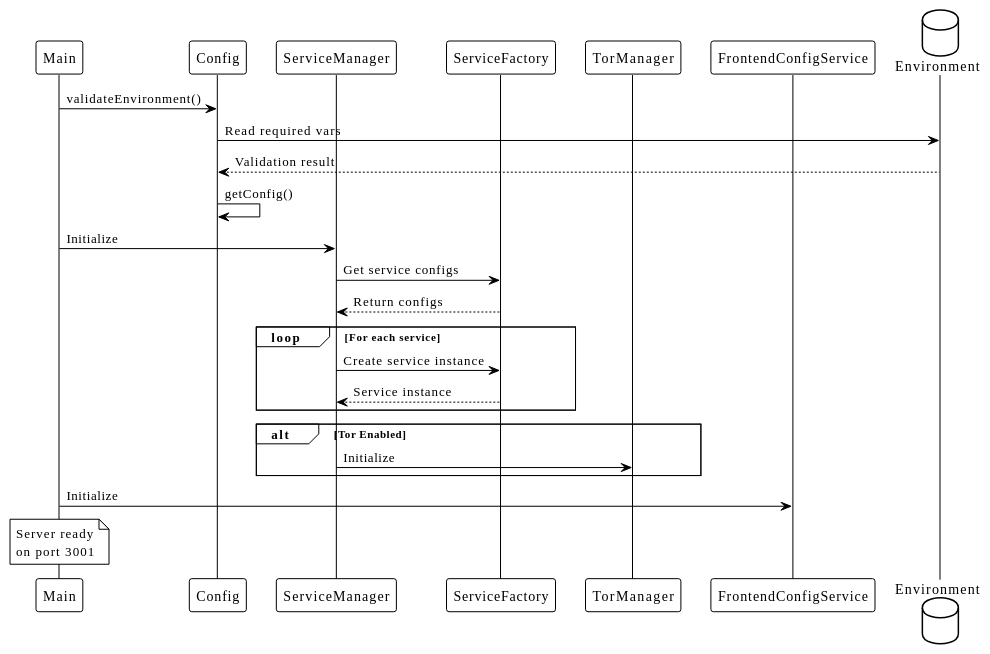
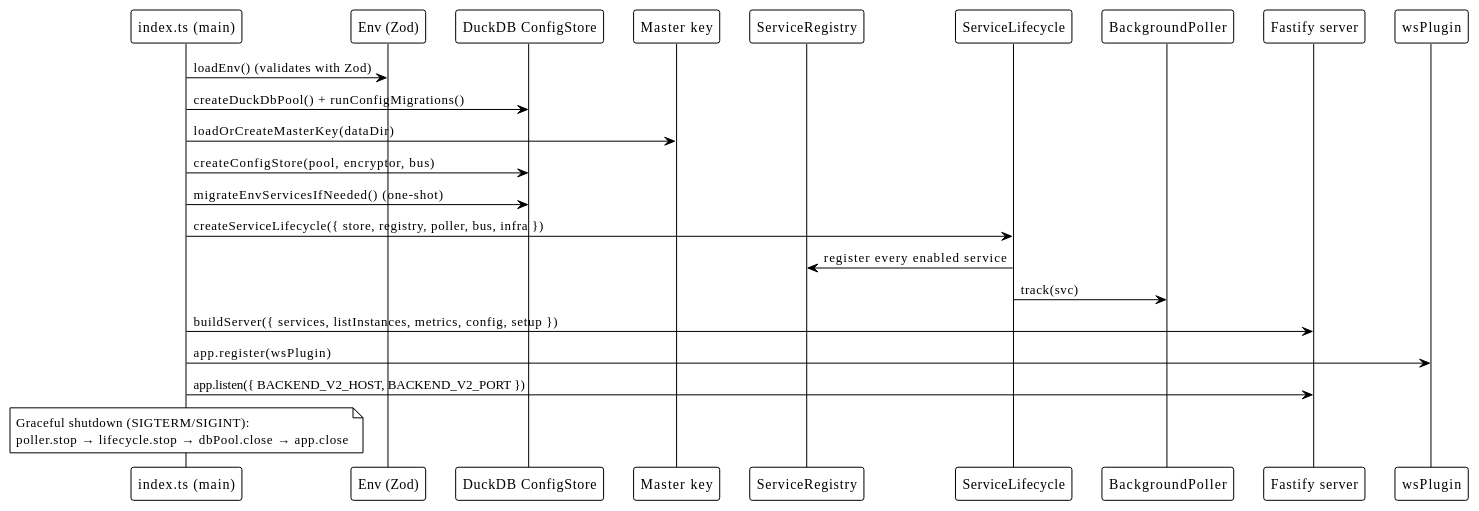
The fourth of 4 diagrams in docs/architecture/data-flow.md (EraPartner/Watchman), drawn with PlantUML before and after one commit. The commit also changed other lines of this file and 9 other files, not shown here.

First line of the commit message:
docs: align KB with ADR-017 (no auth) and add interactive flow visualizer

````diff
--- a/docs/architecture/data-flow.md
+++ b/docs/architecture/data-flow.md
@@ -254,35 +253,32 @@
 ```plantuml
 @startuml
 !theme plain
 
-participant "Main" as Main
-participant "Config" as Config
-participant "ServiceManager" as SvcMgr
-participant "ServiceFactory" as SvcFactory
-participant "TorManager" as TorMgr
-participant "FrontendConfigService" as FrontendCfg
-database "Environment" as Env
+participant "index.ts (main)" as Main
+participant "Env (Zod)" as Env
+participant "DuckDB ConfigStore" as Store
+participant "Master key" as Key
+participant "ServiceRegistry" as Reg
+participant "ServiceLifecycle" as Life
+participant "BackgroundPoller" as Poll
+participant "Fastify server" as API
+participant "wsPlugin" as WS
 
-Main -> Config : validateEnvironment()
-Config -> Env : Read required vars
-Env --> Config : Validation result
-Config -> Config : getConfig()
+Main -> Env : loadEnv() (validates with Zod)
+Main -> Store : createDuckDbPool() + runConfigMigrations()
+Main -> Key : loadOrCreateMasterKey(dataDir)
+Main -> Store : createConfigStore(pool, encryptor, bus)
+Main -> Store : migrateEnvServicesIfNeeded() (one-shot)
+Main -> Life : createServiceLifecycle({ store, registry, poller, bus, infra })
+Life -> Reg : register every enabled service
+Life -> Poll : track(svc)
+Main -> API : buildServer({ services, listInstances, metrics, config, setup })
+Main -> WS : app.register(wsPlugin)
+Main -> API : app.listen({ BACKEND_V2_HOST, BACKEND_V2_PORT })
 
-Main -> SvcMgr : Initialize
-SvcMgr -> SvcFactory : Get service configs
-SvcFactory --> SvcMgr : Return configs
-
-loop For each service
-    SvcMgr -> SvcFactory : Create service instance
-    SvcFactory --> SvcMgr : Service instance
-end
-
-alt Tor Enabled
-    SvcMgr -> TorMgr : Initialize
-end
-
-Main -> FrontendCfg : Initialize
-
-note over Main : Server ready\non port 3001
+note over Main
+  Graceful shutdown (SIGTERM/SIGINT):
+  poller.stop → lifecycle.stop → dbPool.close → app.close
+end note
 @enduml
 ```
````
